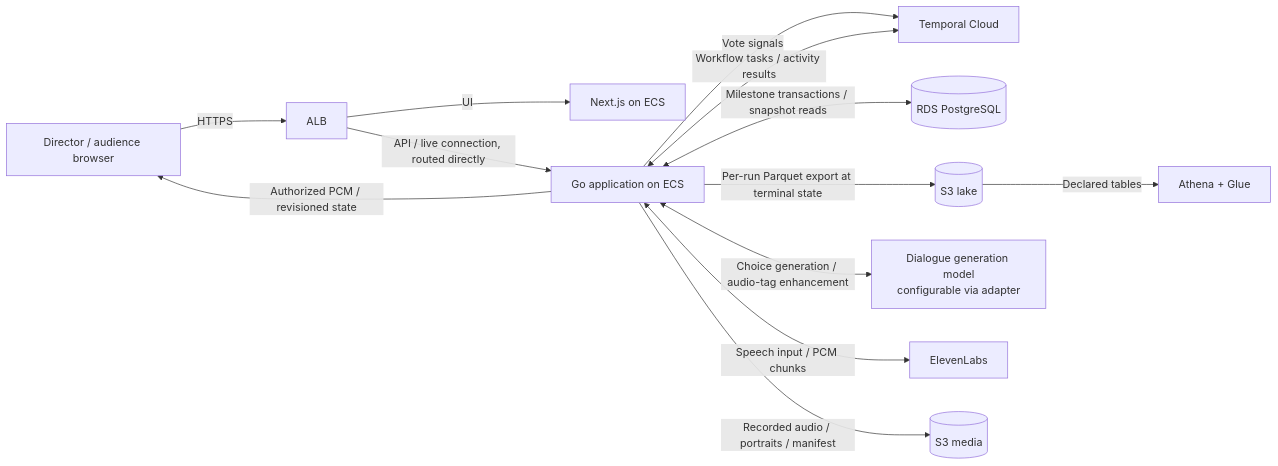
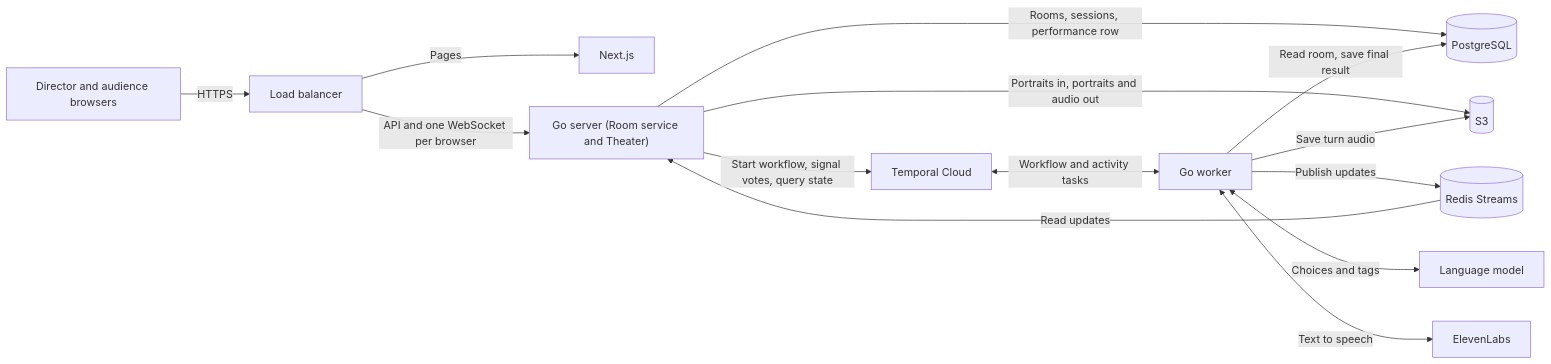
The first of 3 diagrams in docs/system-design.md (conghan-tay/MonsterTheatre_01), drawn with Mermaid before and after one commit. The commit also changed other lines of this file and 4 other files, not shown here.

````diff
--- a/docs/system-design.md
+++ b/docs/system-design.md
@@ -345,15 +40,16 @@
 ```mermaid
 flowchart LR
-    Browser[Director / audience browser] -->|HTTPS| Ingress[ALB]
-    Ingress -->|UI| Web[Next.js on ECS]
-    Ingress -->|API / live connection, routed directly| Go[Go application on ECS]
-    Go -->|Vote signals| Temporal[Temporal Cloud]
-    Go <-->|Workflow tasks / activity results| Temporal
-    Go <-->|Milestone transactions / snapshot reads| DB[(RDS PostgreSQL)]
-    Go -->|Per-run Parquet export at terminal state| Lake[(S3 lake)]
-    Go <-->|Choice generation / audio-tag enhancement| LLM[Dialogue generation model<br/>configurable via adapter]
-    Go <-->|Speech input / PCM chunks| Speech[ElevenLabs]
-    Go -->|Recorded audio / portraits / manifest| Media[(S3 media)]
-    Go -->|Authorized PCM / revisioned state| Browser
-    Lake -->|Declared tables| Query[Athena + Glue]
+    Browser[Director and audience browsers] -->|HTTPS| ALB[Load balancer]
+    ALB -->|Pages| Web[Next.js]
+    ALB -->|API and one WebSocket per browser| Server["Go server (Room service and Theater)"]
+    Server -->|Rooms, sessions, performance row| DB[(PostgreSQL)]
+    Server -->|Portraits in, portraits and audio out| S3[(S3)]
+    Server -->|Start workflow, signal votes, query state| Temporal[Temporal Cloud]
+    Temporal <-->|Workflow and activity tasks| Worker[Go worker]
+    Worker -->|Publish updates| Redis[(Redis Streams)]
+    Redis -->|Read updates| Server
+    Worker -->|Read room, save final result| DB
+    Worker -->|Save turn audio| S3
+    Worker <-->|Choices and tags| LLM[Language model]
+    Worker <-->|Text to speech| TTS[ElevenLabs]
 ```
````
